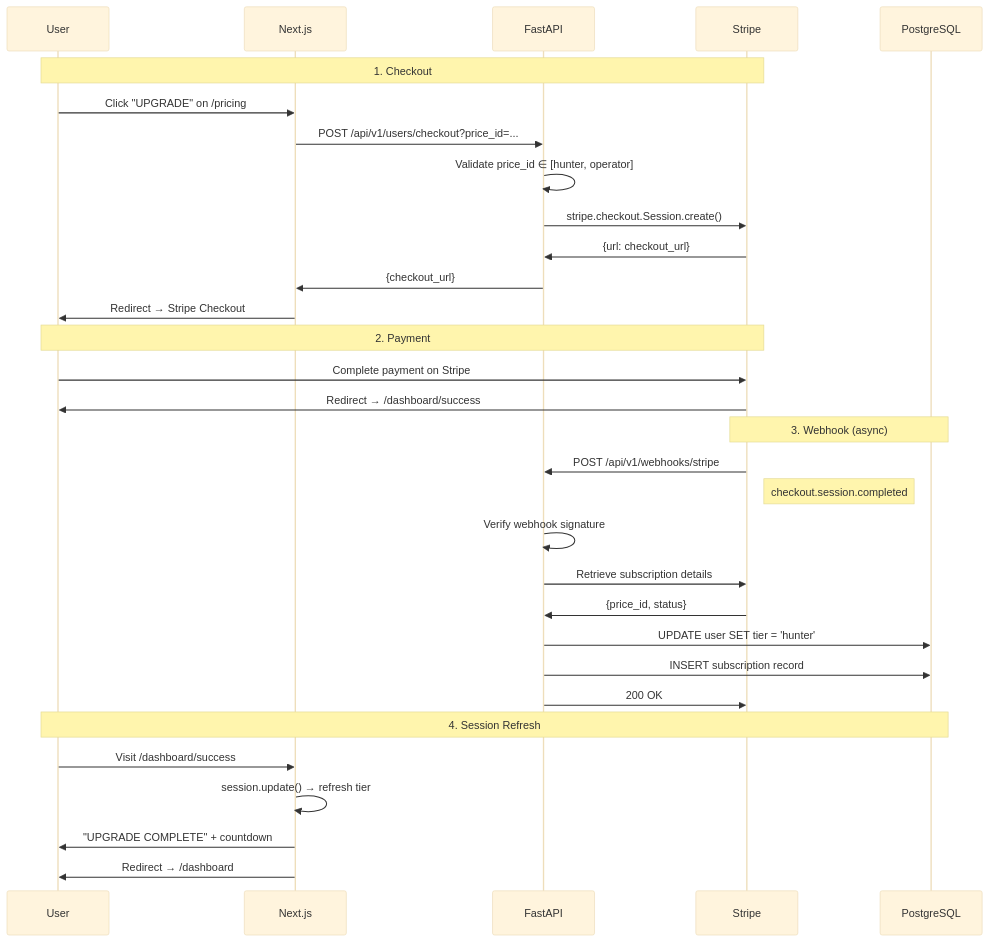
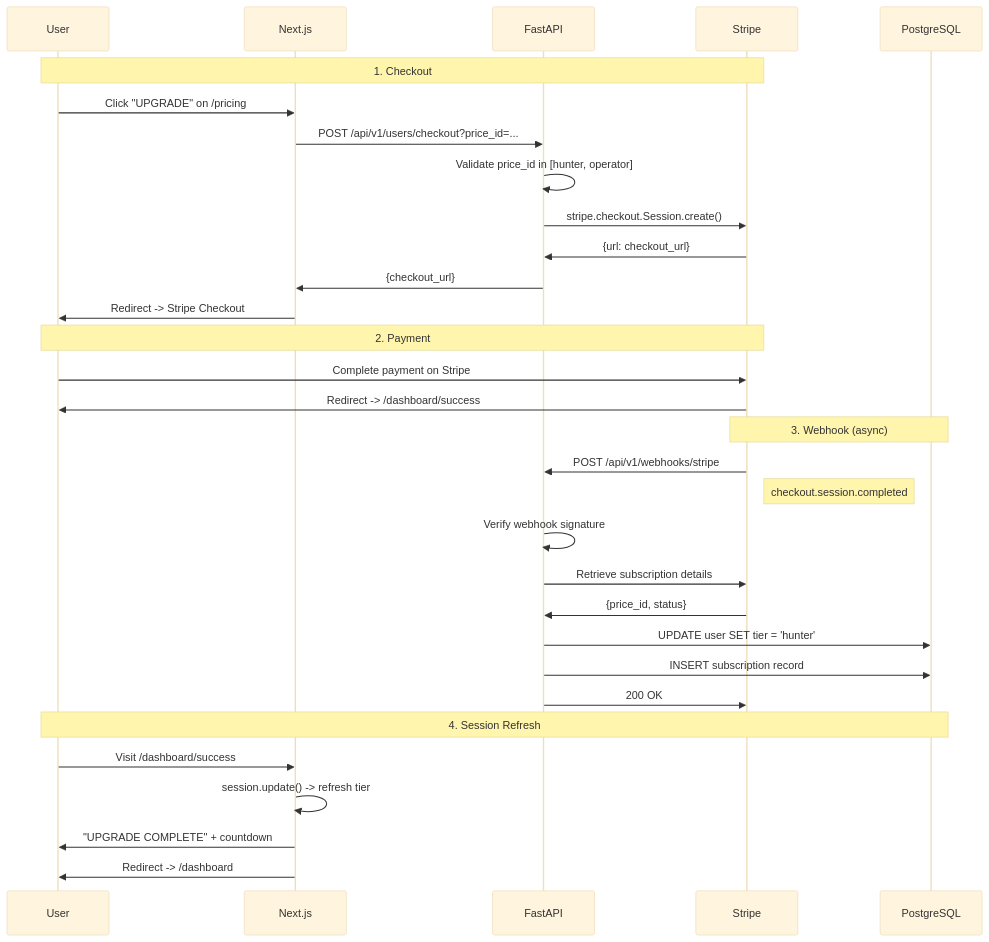
The fourth of 9 diagrams in docs/ARCHITECTURE.md (nabz0r/deadinternet.report), drawn with Mermaid (base theme) before and after one commit. The commit also changed other lines of this file and 17 other files, not shown here.

````diff
--- a/docs/ARCHITECTURE.md
+++ b/docs/ARCHITECTURE.md
@@ -166,37 +166,37 @@
 ```mermaid
 sequenceDiagram
     participant U as User
     participant N as Next.js
     participant F as FastAPI
     participant S as Stripe
     participant DB as PostgreSQL
 
     Note over U,S: 1. Checkout
     U->>N: Click "UPGRADE" on /pricing
     N->>F: POST /api/v1/users/checkout?price_id=...
-    F->>F: Validate price_id ∈ [hunter, operator]
+    F->>F: Validate price_id in [hunter, operator]
     F->>S: stripe.checkout.Session.create()
     S->>F: {url: checkout_url}
     F->>N: {checkout_url}
-    N->>U: Redirect → Stripe Checkout
+    N->>U: Redirect -> Stripe Checkout
 
     Note over U,S: 2. Payment
     U->>S: Complete payment on Stripe
-    S->>U: Redirect → /dashboard/success
+    S->>U: Redirect -> /dashboard/success
 
     Note over S,DB: 3. Webhook (async)
     S->>F: POST /api/v1/webhooks/stripe
     Note right of S: checkout.session.completed
     F->>F: Verify webhook signature
     F->>S: Retrieve subscription details
     S->>F: {price_id, status}
     F->>DB: UPDATE user SET tier = 'hunter'
     F->>DB: INSERT subscription record
     F->>S: 200 OK
 
     Note over U,DB: 4. Session Refresh
     U->>N: Visit /dashboard/success
-    N->>N: session.update() → refresh tier
+    N->>N: session.update() -> refresh tier
     N->>U: "UPGRADE COMPLETE" + countdown
-    N->>U: Redirect → /dashboard
+    N->>U: Redirect -> /dashboard
 ```
````
